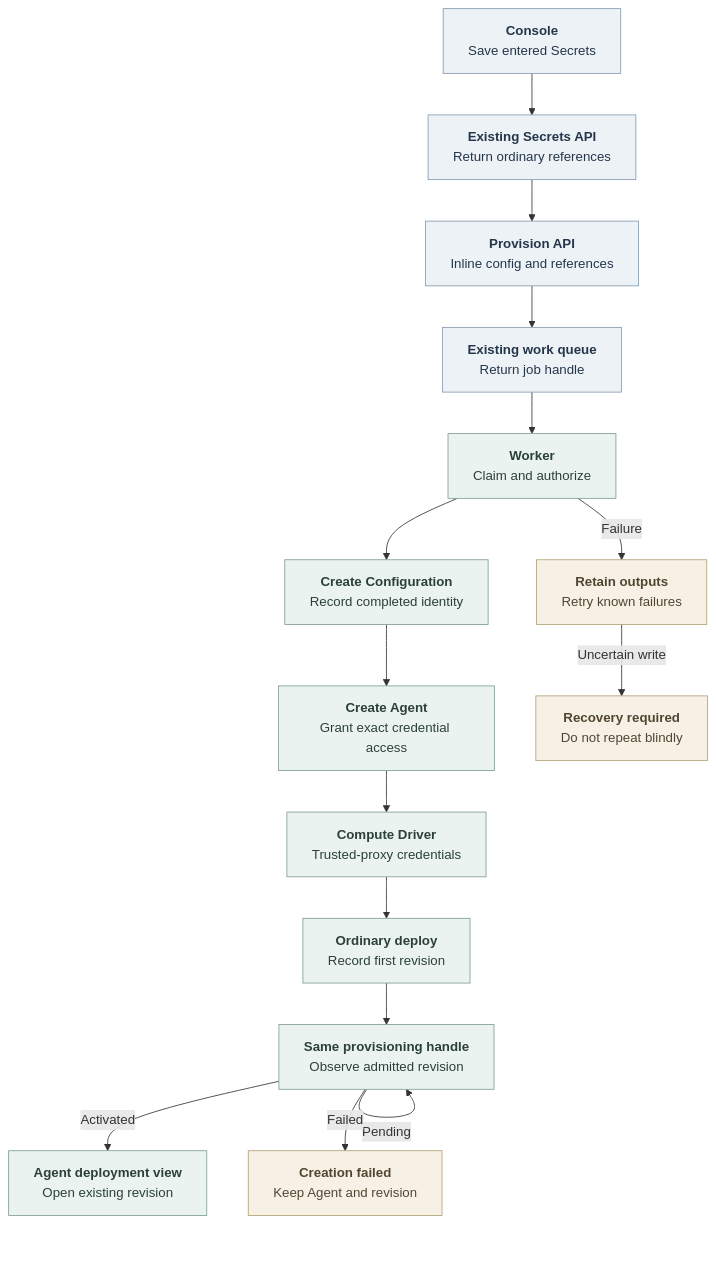
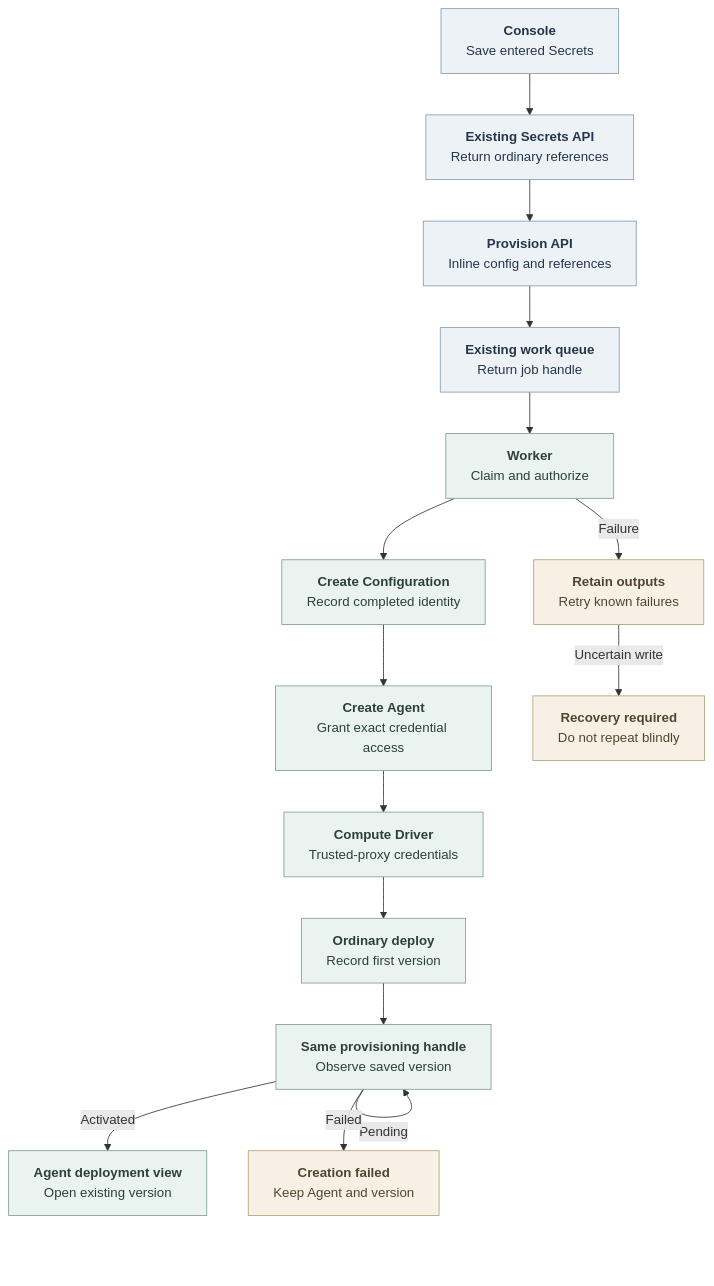
One commit to openclaw/openclaw-enterprise changed the diagram in docs/flows/agent-provisioning.md. Above: the diagram before and after it, drawn with Mermaid. The commit also changed other lines of this file and 198 other files, not shown here.

````diff
--- a/docs/flows/agent-provisioning.md
+++ b/docs/flows/agent-provisioning.md
@@ -23,24 +23,24 @@
 ```mermaid
 graph TD
   Console["<b>Console</b><br/>Save entered Secrets"] --> Secrets["<b>Existing Secrets API</b><br/>Return ordinary references"]
   Secrets --> API["<b>Provision API</b><br/>Inline config and references"]
   API --> Queue["<b>Existing work queue</b><br/>Return job handle"]
   Queue --> Claim["<b>Worker</b><br/>Claim and authorize"]
   Claim --> Config["<b>Create Configuration</b><br/>Record completed identity"]
   Config --> Agent["<b>Create Agent</b><br/>Grant exact credential access"]
   Agent --> Transport["<b>Compute Driver</b><br/>Trusted-proxy credentials"]
-  Transport --> Deploy["<b>Ordinary deploy</b><br/>Record first revision"]
-  Deploy --> Observe["<b>Same provisioning handle</b><br/>Observe admitted revision"]
+  Transport --> Deploy["<b>Ordinary deploy</b><br/>Record first version"]
+  Deploy --> Observe["<b>Same provisioning handle</b><br/>Observe saved version"]
   Observe -->|Pending| Observe
-  Observe -->|Activated| UI["<b>Agent deployment view</b><br/>Open existing revision"]
-  Observe -->|Failed| Terminal["<b>Creation failed</b><br/>Keep Agent and revision"]
+  Observe -->|Activated| UI["<b>Agent deployment view</b><br/>Open existing version"]
+  Observe -->|Failed| Terminal["<b>Creation failed</b><br/>Keep Agent and version"]
   Claim -->|Failure| Failed["<b>Retain outputs</b><br/>Retry known failures"]
   Failed -->|Uncertain write| Recovery["<b>Recovery required</b><br/>Do not repeat blindly"]
 
   classDef state fill:#EDF2F7,stroke:#879AB0,color:#25364A,stroke-width:1px
   classDef operation fill:#EBF3F0,stroke:#7F9D93,color:#2B4038,stroke-width:1px
   classDef condition fill:#F7F1E5,stroke:#B3A078,color:#514532,stroke-width:1px
   class Console,Secrets,API,Queue state
   class Claim,Config,Agent,Transport,Deploy,Observe,UI operation
   class Failed,Recovery,Terminal condition
 ```
````
